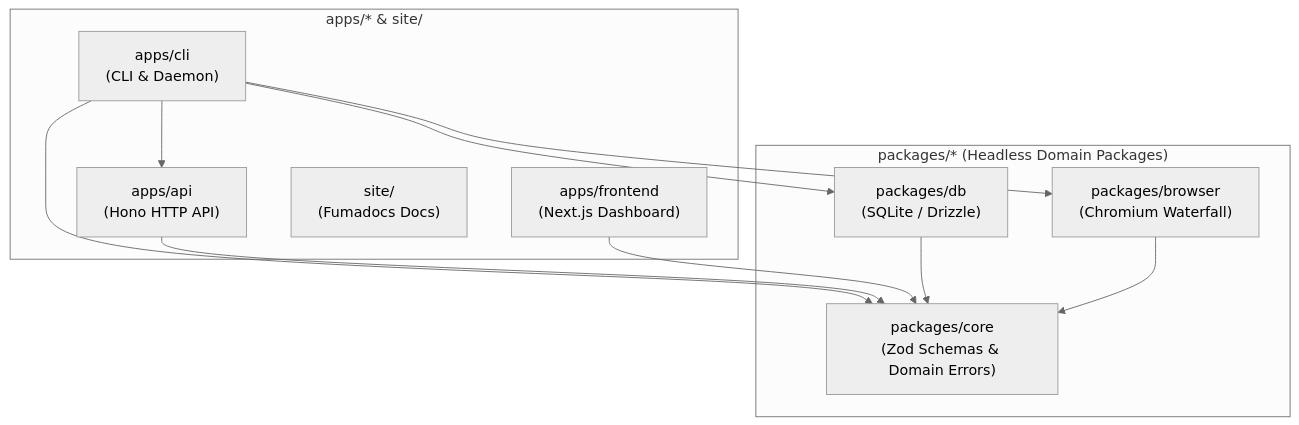
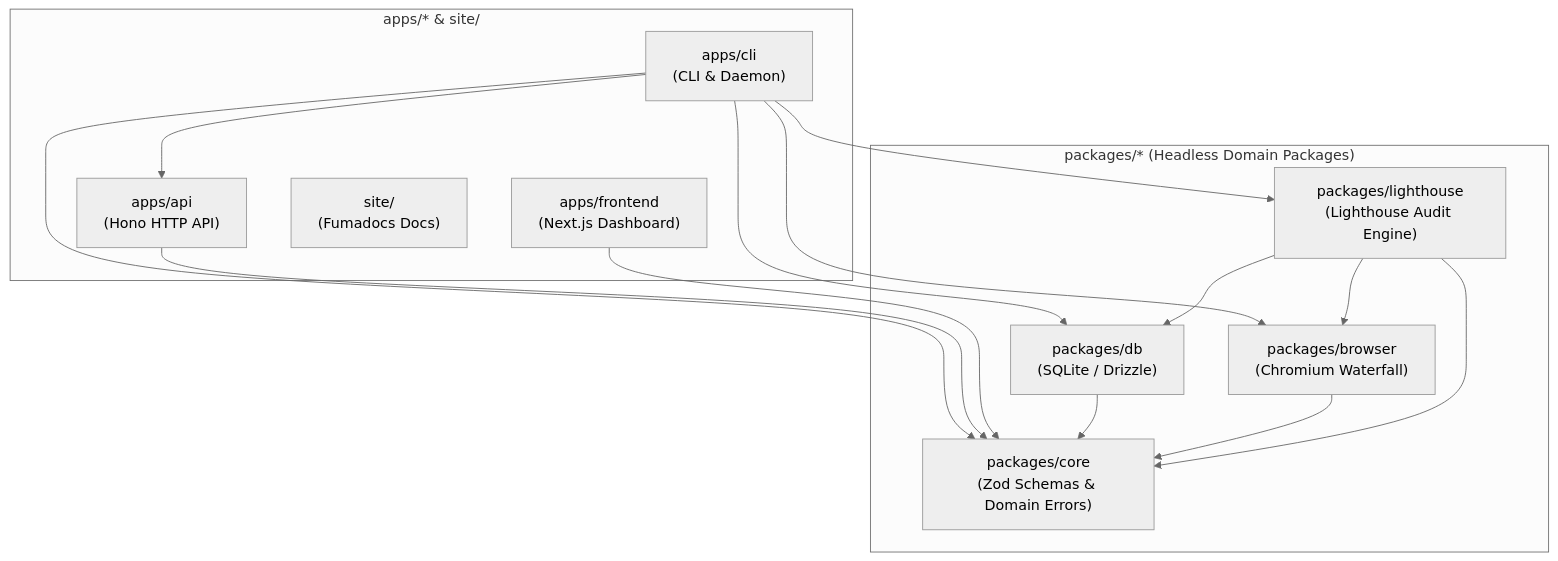
The diagram in docs/architecture/monorepo-and-cli.md (ahmedhanye/devtools), drawn with Mermaid (neutral theme) before and after one commit. The commit also changed other lines of this file and 4 other files, not shown here.

Commit message:
docs: update system architecture and package reference docs for lighthouse

````diff
--- a/docs/architecture/monorepo-and-cli.md
+++ b/docs/architecture/monorepo-and-cli.md
@@ -28,24 +29,29 @@
 ```mermaid
 graph TD
   subgraph Applications ["apps/* & site/"]
     CLI["apps/cli<br/>(CLI & Daemon)"]
     API["apps/api<br/>(Hono HTTP API)"]
     Frontend["apps/frontend<br/>(Next.js Dashboard)"]
     Site["site/<br/>(Fumadocs Docs)"]
   end
 
   subgraph Packages ["packages/* (Headless Domain Packages)"]
     Browser["packages/browser<br/>(Chromium Waterfall)"]
     DB["packages/db<br/>(SQLite / Drizzle)"]
     Core["packages/core<br/>(Zod Schemas & Domain Errors)"]
+    Lighthouse["packages/lighthouse<br/>(Lighthouse Audit Engine)"]
   end
 
   CLI --> API
   CLI --> Core
   CLI --> DB
   CLI --> Browser
+  CLI --> Lighthouse
   API --> Core
   Frontend --> Core
   DB --> Core
   Browser --> Core
+  Lighthouse --> Core
+  Lighthouse --> DB
+  Lighthouse --> Browser
 ```
````
